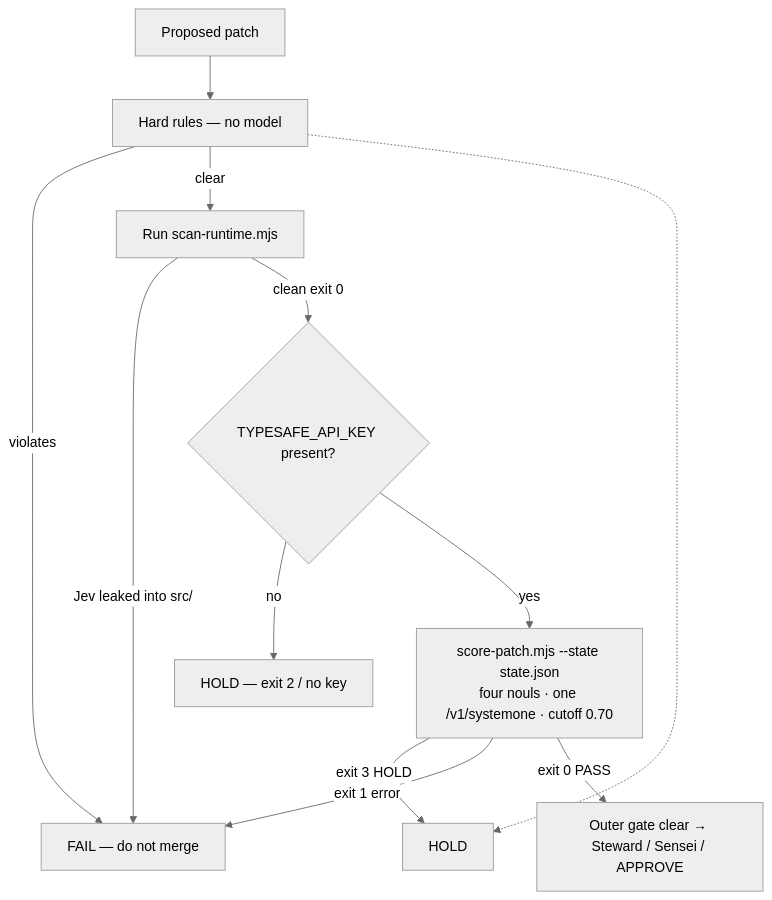
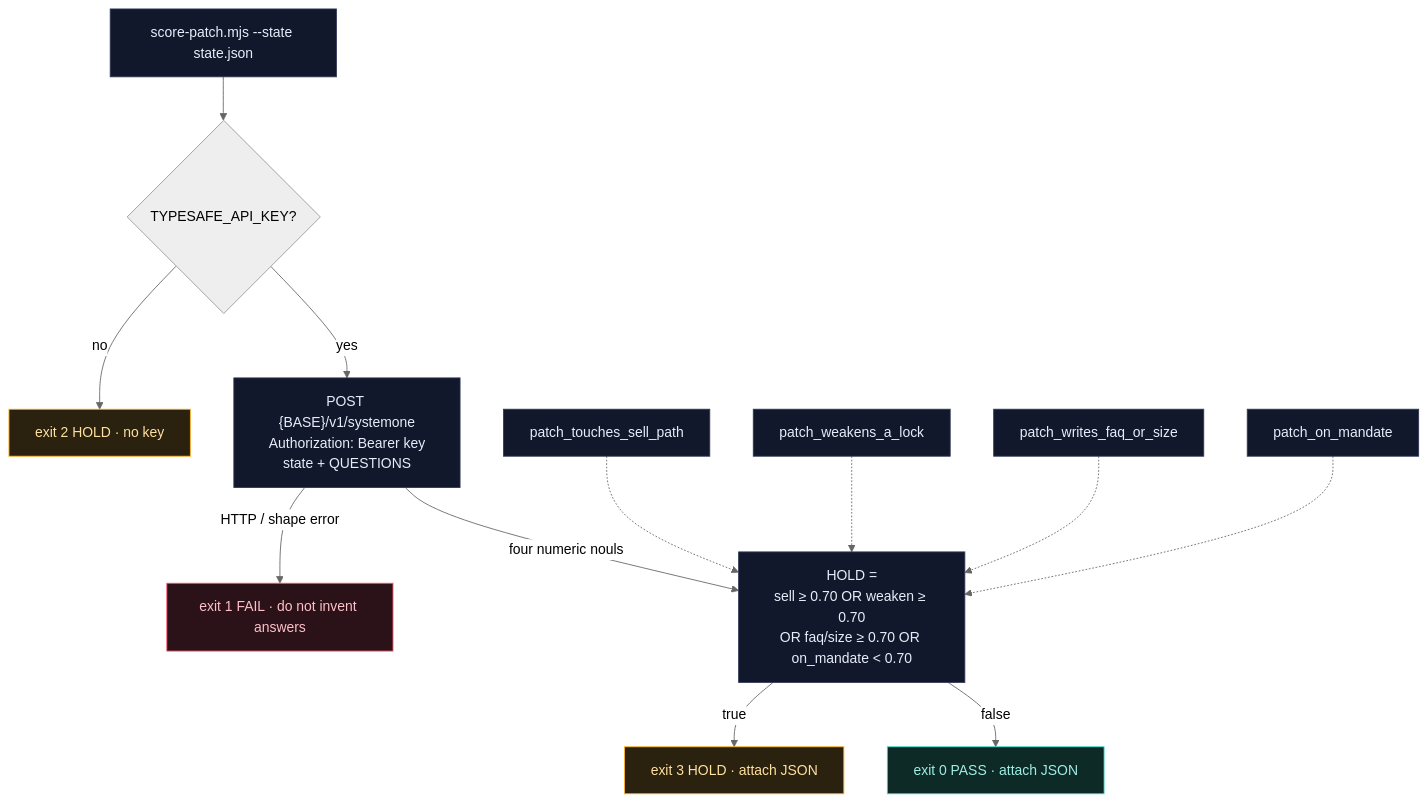
The second of 2 diagrams in ops/sensei/flows/04-outer-jev-patch-gate.md (S1R1US-AI/lab3-visible-sandbox), drawn with Mermaid (neutral theme) before and after one commit. The commit also changed other lines of this file and 1 other file, not shown here.

Commit message:
docs(sensei): professional Outer Jev patch-gate architecture (flow 04)

````diff
--- a/ops/sensei/flows/04-outer-jev-patch-gate.md
+++ b/ops/sensei/flows/04-outer-jev-patch-gate.md
@@ -5,15 +101,25 @@
 ```mermaid
 flowchart TB
-  P[Proposed patch] --> HARD[Hard rules — no model]
-  HARD -->|violates| FAIL[FAIL — do not merge]
-  HARD -->|clear| S["Run scan-runtime.mjs"]
-  S -->|Jev leaked into src/| FAIL
-  S -->|clean exit 0| K{TYPESAFE_API_KEY present?}
-  K -->|no| HOLD[HOLD — exit 2 / no key]
-  K -->|yes| Q["score-patch.mjs --state state.json<br/>four nouls · one /v1/systemone · cutoff 0.70"]
-  Q -->|exit 3 HOLD| HOLD2[HOLD]
-  Q -->|exit 1 error| FAIL
-  Q -->|exit 0 PASS| OK[Outer gate clear → Steward / Sensei / APPROVE]
+  classDef fail fill:#2b1218,stroke:#ff5d70,color:#ffc0c7
+  classDef hold fill:#2a210f,stroke:#ffb020,color:#ffe0a0
+  classDef pass fill:#0d2a26,stroke:#3dd6c6,color:#9feee4
+  classDef plane fill:#12182b,stroke:#2c3658,color:#e7edf8
 
-  HARD -.-> HOLD2
+  START["score-patch.mjs --state state.json"] --> ENV{TYPESAFE_API_KEY?}
+  ENV -->|no| E2["exit 2 HOLD · no key"]
+  ENV -->|yes| POST["POST {BASE}/v1/systemone\nAuthorization: Bearer key\nstate + QUESTIONS"]
+  POST -->|HTTP / shape error| E1["exit 1 FAIL · do not invent answers"]
+  POST -->|four numeric nouls| POL["HOLD =\nsell ≥ 0.70 OR weaken ≥ 0.70\nOR faq/size ≥ 0.70 OR on_mandate < 0.70"]
+  POL -->|true| E3["exit 3 HOLD · attach JSON"]
+  POL -->|false| E0["exit 0 PASS · attach JSON"]
+
+  Q1["patch_touches_sell_path"] -.-> POL
+  Q2["patch_weakens_a_lock"] -.-> POL
+  Q3["patch_writes_faq_or_size"] -.-> POL
+  Q4["patch_on_mandate"] -.-> POL
+
+  class START,POST,POL,Q1,Q2,Q3,Q4 plane
+  class E2,E3 hold
+  class E1 fail
+  class E0 pass
 ```
````
